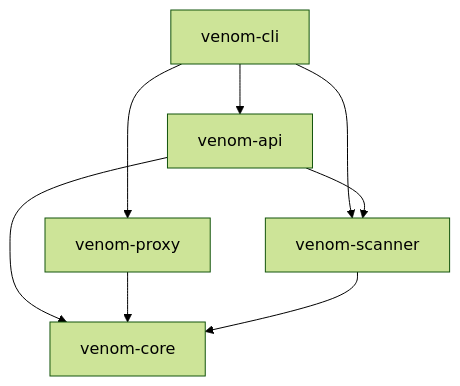
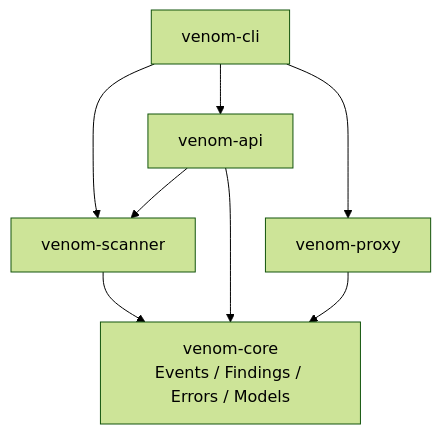
Before and after one commit to ITherso/termivar: the first of 3 diagrams in docs/architecture.md, drawn with Mermaid (forest theme). The commit also changed other lines of this file and 22 other files, not shown here.

````diff
--- a/docs/architecture.md
+++ b/docs/architecture.md
@@ -17,10 +17,10 @@
 ```mermaid
 flowchart TD
-    CLI[venom-cli] --> API[venom-api]
+    CLI[venom-cli] --> Scanner[venom-scanner]
+    CLI --> API[venom-api]
     CLI --> Proxy[venom-proxy]
-    CLI --> Scanner[venom-scanner]
     API --> Scanner
-    API --> Core[venom-core]
+    Scanner --> Core["venom-core<br/>Events / Findings / Errors / Models"]
+    API --> Core
     Proxy --> Core
-    Scanner --> Core
 ```
````
